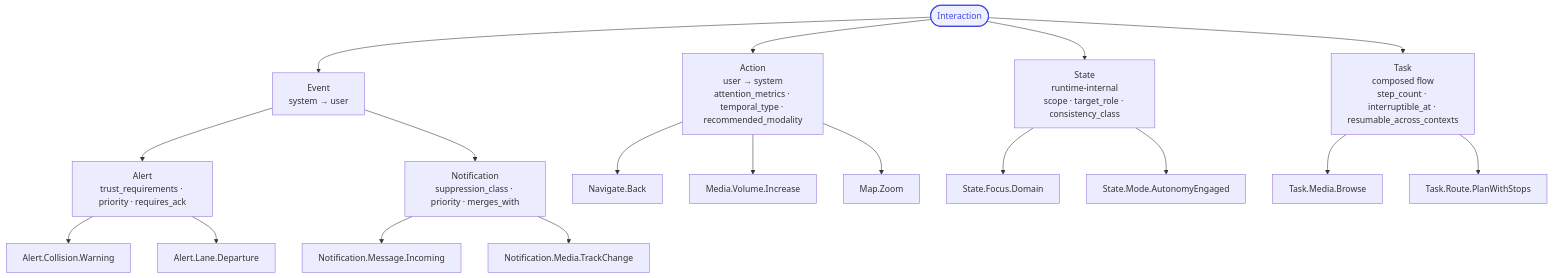
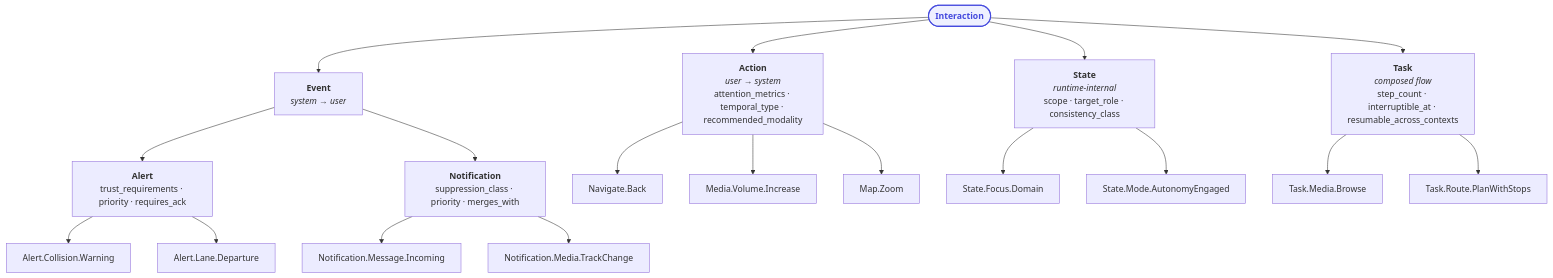
Before and after one commit to yaneczech/SIA: the third of 3 diagrams in 01_Semantic-Interaction-Architecture-sdv.md, drawn with Mermaid. The commit also changed other lines of this file and 13 other files, not shown here.

````diff
--- a/01_Semantic-Interaction-Architecture-sdv.md
+++ b/01_Semantic-Interaction-Architecture-sdv.md
@@ -156,34 +172,34 @@
 ```mermaid
 graph TB
-    I(["Interaction"])
+    I(["<b>Interaction</b>"])
 
-    A["Action\nuser → system\nattention_metrics · temporal_type · recommended_modality"]
-    E["Event\nsystem → user"]
-    S["State\nruntime-internal\nscope · target_role · consistency_class"]
-    T["Task\ncomposed flow\nstep_count · interruptible_at · resumable_across_contexts"]
+    A["<b>Action</b><br/><i>user → system</i><br/>attention_metrics · temporal_type · recommended_modality"]
+    E["<b>Event</b><br/><i>system → user</i>"]
+    S["<b>State</b><br/><i>runtime-internal</i><br/>scope · target_role · consistency_class"]
+    T["<b>Task</b><br/><i>composed flow</i><br/>step_count · interruptible_at · resumable_across_contexts"]
 
-    AL["Alert\ntrust_requirements · priority · requires_ack"]
-    N["Notification\nsuppression_class · priority · merges_with"]
+    AL["<b>Alert</b><br/>trust_requirements · priority · requires_ack"]
+    N["<b>Notification</b><br/>suppression_class · priority · merges_with"]
 
     AL1["Alert.Collision.Warning"]
     AL2["Alert.Lane.Departure"]
     N1["Notification.Message.Incoming"]
     N2["Notification.Media.TrackChange"]
     A1["Navigate.Back"]
     A2["Media.Volume.Increase"]
     A3["Map.Zoom"]
     S1["State.Focus.Domain"]
     S2["State.Mode.AutonomyEngaged"]
     T1["Task.Media.Browse"]
     T2["Task.Route.PlanWithStops"]
 
     I --> A & E & S & T
     E --> AL & N
     AL --> AL1 & AL2
     N --> N1 & N2
     A --> A1 & A2 & A3
     S --> S1 & S2
     T --> T1 & T2
 
     style I fill:#eef0ff,stroke:#454ADE,stroke-width:2px,color:#454ADE
 ```
````
